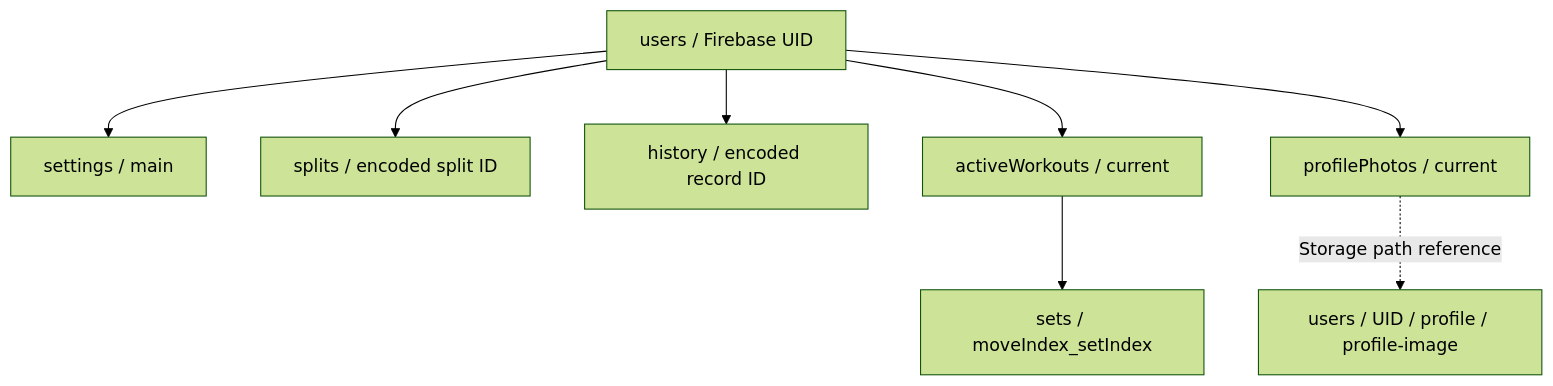
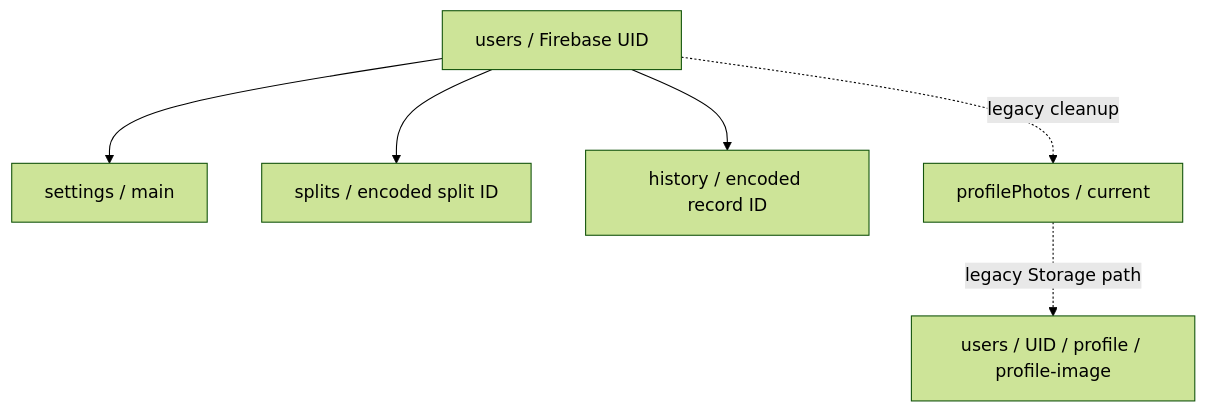
Before and after one commit to Vorpalv2/repday_expo_aisdk_convex: the diagram in app_design_flow/backend/firestore-data-model.md, drawn with Mermaid (forest theme). The commit also changed other lines of this file and 19 other files, not shown here.

````diff
--- a/app_design_flow/backend/firestore-data-model.md
+++ b/app_design_flow/backend/firestore-data-model.md
@@ -5,10 +5,8 @@
 ```mermaid
 flowchart TD
     U[users / Firebase UID] --> S[settings / main]
     U --> SP[splits / encoded split ID]
     U --> H[history / encoded record ID]
-    U --> A[activeWorkouts / current]
-    A --> AS[sets / moveIndex_setIndex]
-    U --> P[profilePhotos / current]
-    P -. Storage path reference .-> IMG[users / UID / profile / profile-image]
+    U -. legacy cleanup .-> P[profilePhotos / current]
+    P -. legacy Storage path .-> IMG[users / UID / profile / profile-image]
 ```
````
